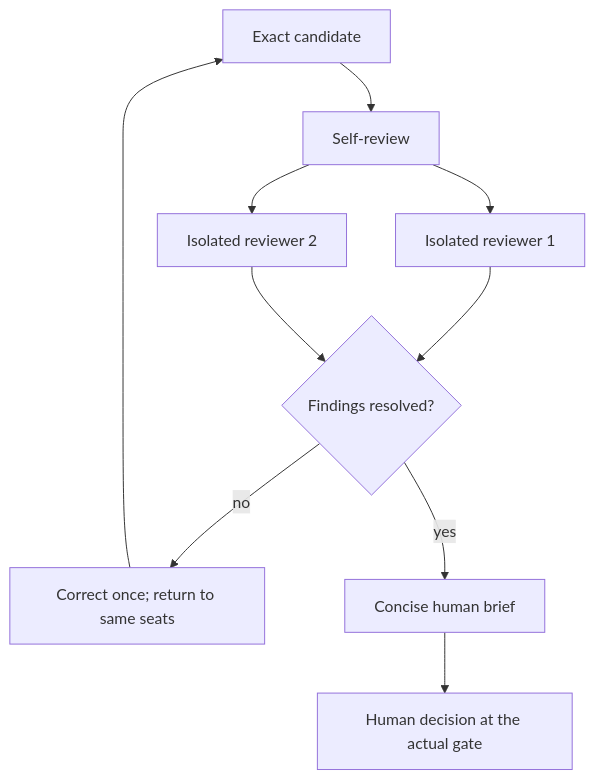
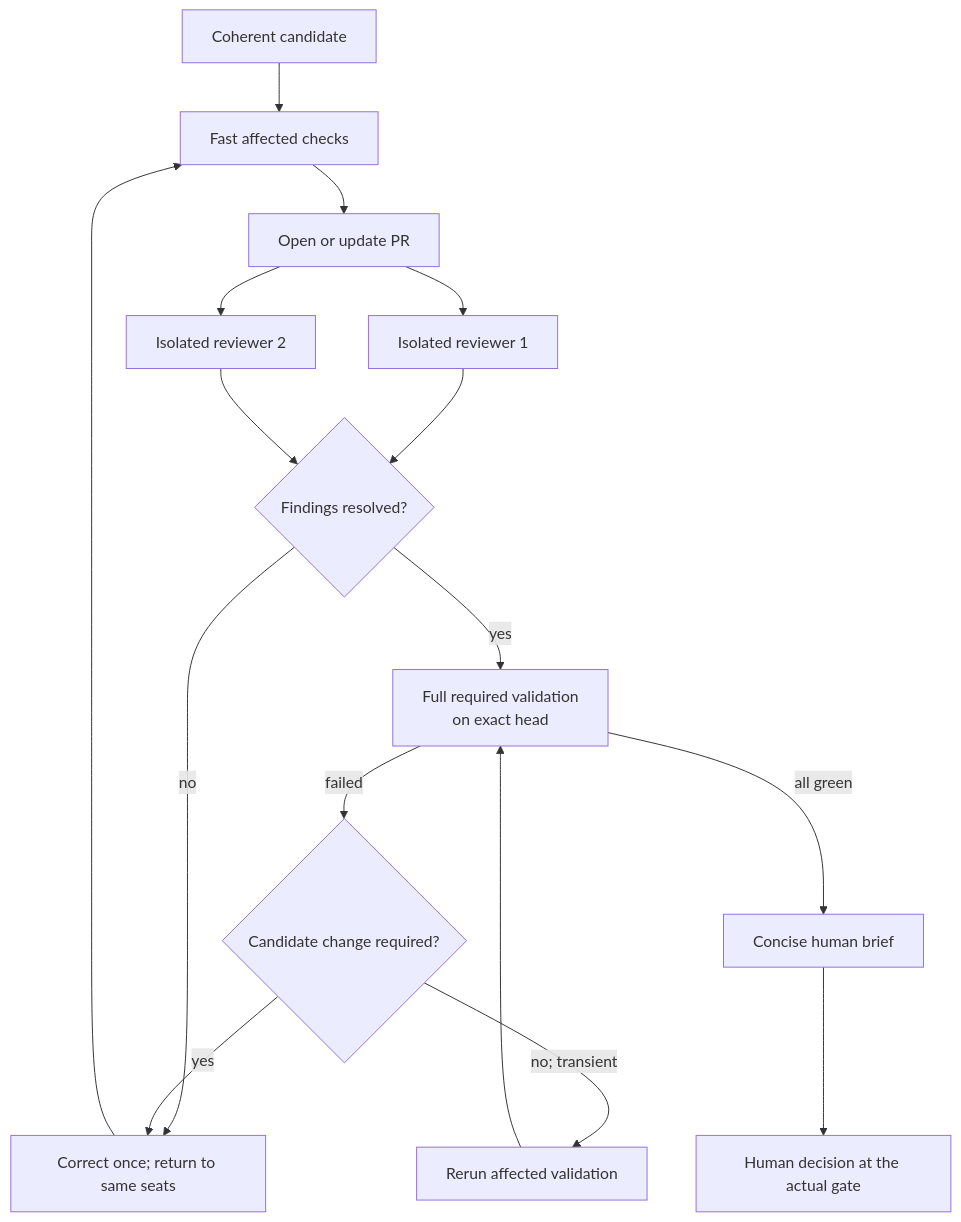
Before and after one commit to hhhhhusky777/spec-driven-delivery-playbook: the eighth of 11 diagrams in README.md, drawn with Mermaid. The commit also changed other lines of this file and 6 other files, not shown here.

First line of the commit message:
Make worktrees runtime-ready and defer full validation (#94)

````diff
--- a/README.md
+++ b/README.md
@@ -358,12 +355,18 @@
 ```mermaid
 flowchart TD
-    C["Exact candidate"] --> S["Self-review"]
-    S --> R1["Isolated reviewer 1"]
-    S --> R2["Isolated reviewer 2"]
+    C["Coherent candidate"] --> F["Fast affected checks"]
+    F --> P["Open or update PR"]
+    P --> R1["Isolated reviewer 1"]
+    P --> R2["Isolated reviewer 2"]
     R1 --> J{"Findings resolved?"}
     R2 --> J
     J -->|"no"| X["Correct once; return to same seats"]
-    X --> C
-    J -->|"yes"| B["Concise human brief"]
+    X --> F
+    J -->|"yes"| V["Full required validation<br/>on exact head"]
+    V -->|"failed"| D{"Candidate change required?"}
+    D -->|"yes"| X
+    D -->|"no; transient"| Q["Rerun affected validation"]
+    Q --> V
+    V -->|"all green"| B["Concise human brief"]
     B --> H["Human decision at the actual gate"]
 ```
````
